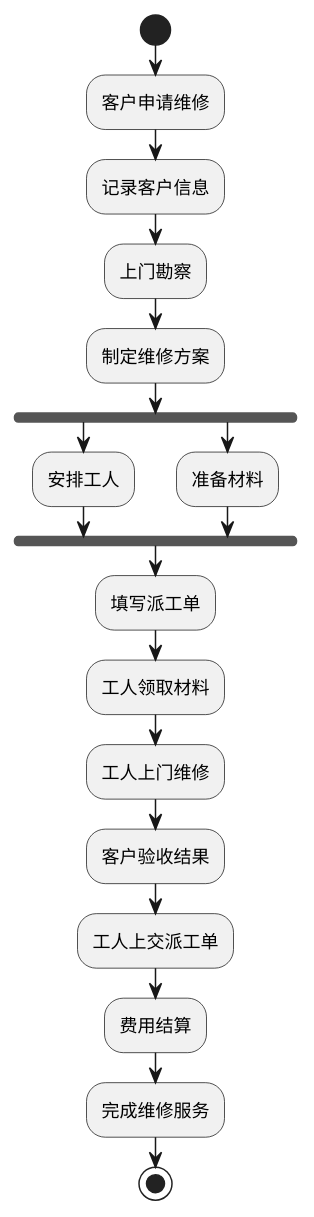
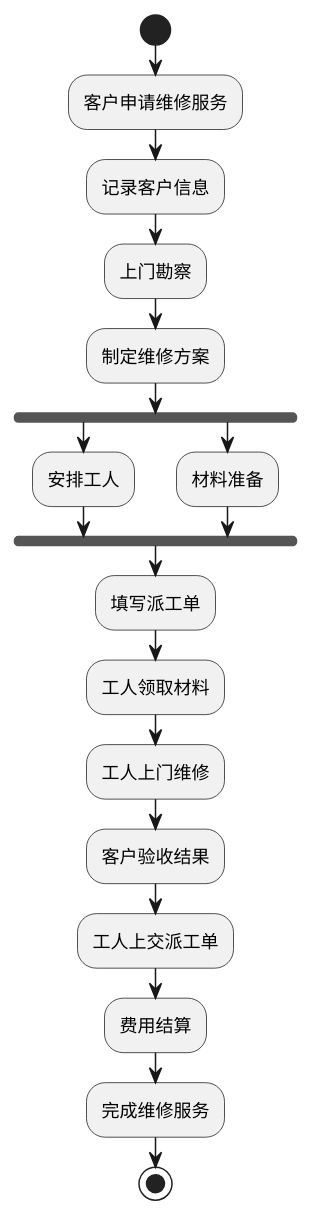
Before and after one commit to wenyuntian/is_analysis: the diagram in test1/repair.wsd, drawn with PlantUML.

```diff
--- a/test1/repair.wsd
+++ b/test1/repair.wsd
@@ -1,20 +1,20 @@
 @startuml
 start
-:客户申请维修;
+:客户申请维修服务;
 :记录客户信息;
 :上门勘察;
 :制定维修方案;
 fork
   :安排工人;
 fork again
-:准备材料;
+:材料准备;
 endfork
 :填写派工单;
 :工人领取材料;
 :工人上门维修;
 :客户验收结果;
 :工人上交派工单;
 :费用结算;
 :完成维修服务;
 stop
 @enduml
```
